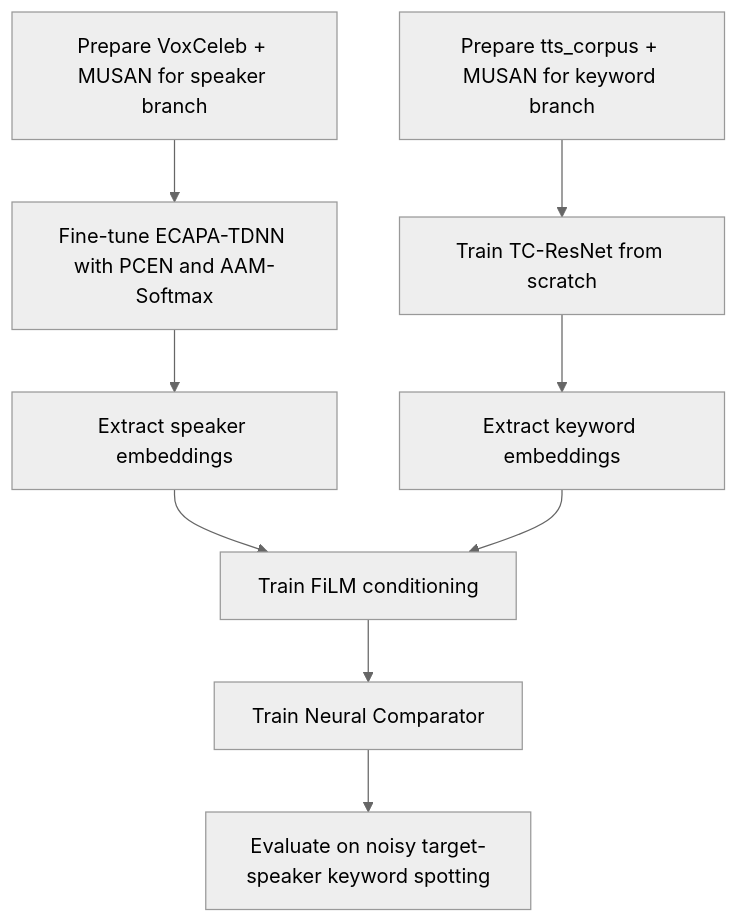
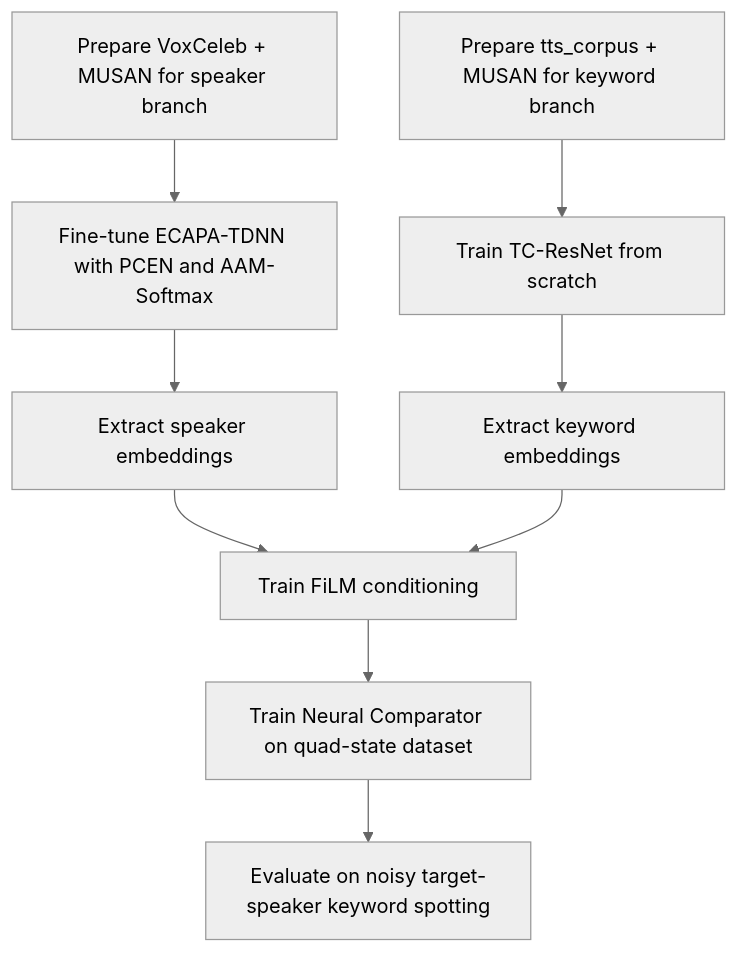
One commit to Nishchal-29/Speaker-Conditioned-Target-KWS changed the fourth of 4 diagrams in docs/ax.md. Above: the diagram before and after it, drawn with Mermaid (neutral theme). The commit also changed other lines of this file, not shown here.

````diff
--- a/docs/ax.md
+++ b/docs/ax.md
@@ -263,11 +297,11 @@
 ```mermaid
 flowchart TD
     A[Prepare VoxCeleb + MUSAN for speaker branch] --> B[Fine-tune ECAPA-TDNN with PCEN and AAM-Softmax]
     C[Prepare tts_corpus + MUSAN for keyword branch] --> D[Train TC-ResNet from scratch]
     B --> E[Extract speaker embeddings]
     D --> F[Extract keyword embeddings]
     E --> G[Train FiLM conditioning]
     F --> G
-    G --> H[Train Neural Comparator]
+    G --> H[Train Neural Comparator on quad-state dataset]
     H --> I[Evaluate on noisy target-speaker keyword spotting]
 ```
````
